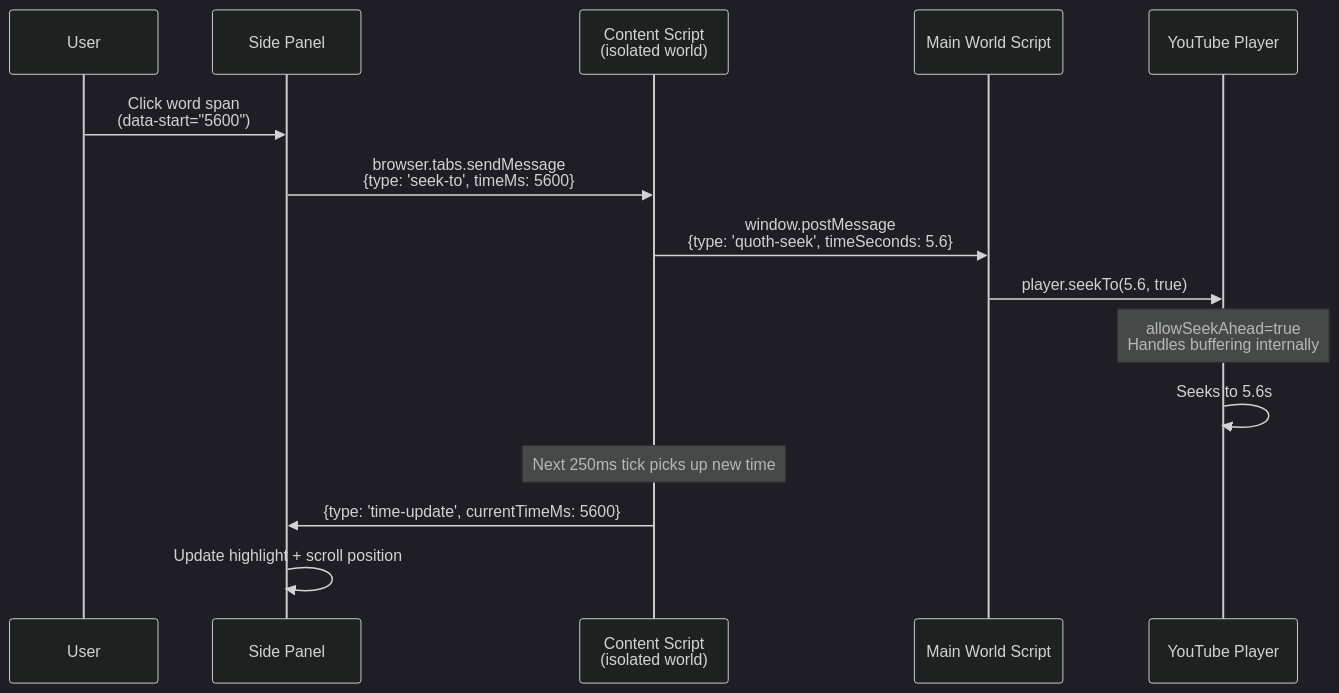
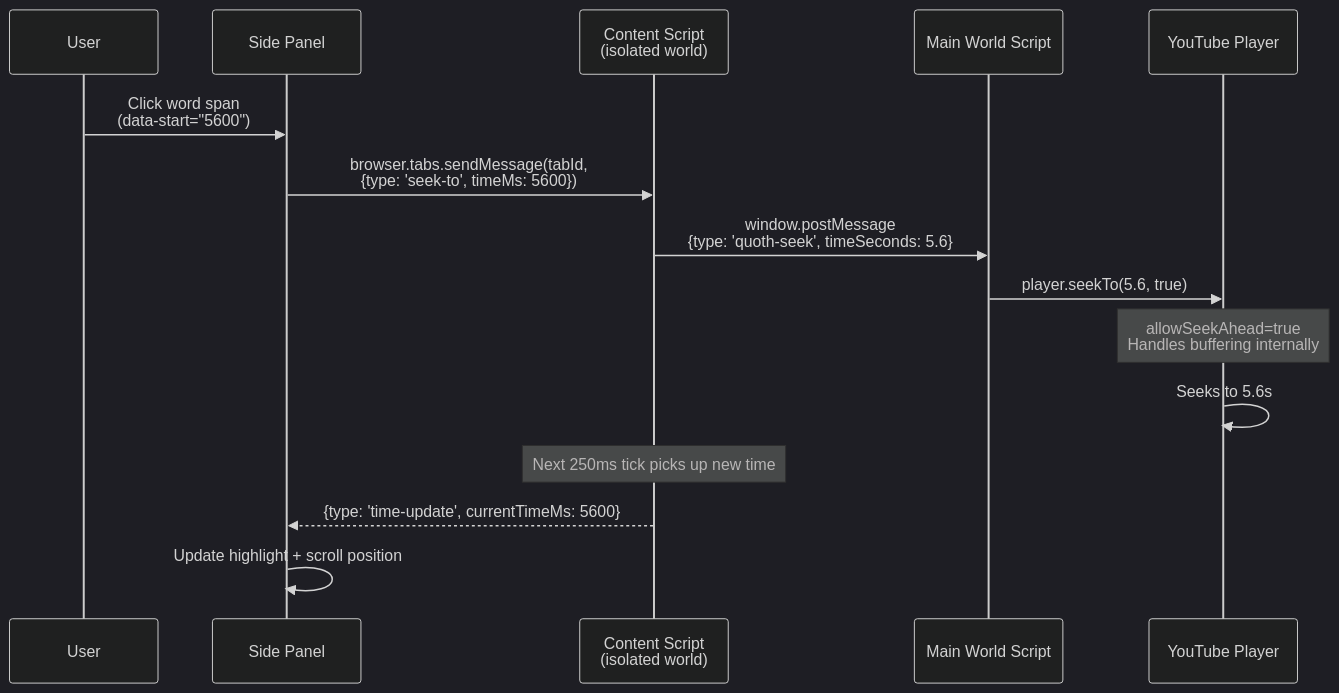
The fourth of 7 diagrams in docs/spec/architecture.md (tednaleid/quoth), drawn with Mermaid (dark theme) before and after one commit. The commit also changed other lines of this file, not shown here.

First line of the commit message:
Rewrite architecture.md: direct messaging, Firefox, TabConnector

````diff
--- a/docs/spec/architecture.md
+++ b/docs/spec/architecture.md
@@ -118,19 +141,19 @@
 ```mermaid
 sequenceDiagram
     participant User
     participant SP as Side Panel
     participant CS as Content Script<br/>(isolated world)
     participant MW as Main World Script
     participant YT as YouTube Player
 
     User->>SP: Click word span<br/>(data-start="5600")
-    SP->>CS: browser.tabs.sendMessage<br/>{type: 'seek-to', timeMs: 5600}
+    SP->>CS: browser.tabs.sendMessage(tabId,<br/>{type: 'seek-to', timeMs: 5600})
     CS->>MW: window.postMessage<br/>{type: 'quoth-seek', timeSeconds: 5.6}
     MW->>YT: player.seekTo(5.6, true)
     Note over YT: allowSeekAhead=true<br/>Handles buffering internally
     YT->>YT: Seeks to 5.6s
 
     Note over CS: Next 250ms tick picks up new time
-    CS->>SP: {type: 'time-update', currentTimeMs: 5600}
+    CS-->>SP: {type: 'time-update', currentTimeMs: 5600}
     SP->>SP: Update highlight + scroll position
 ```
````
